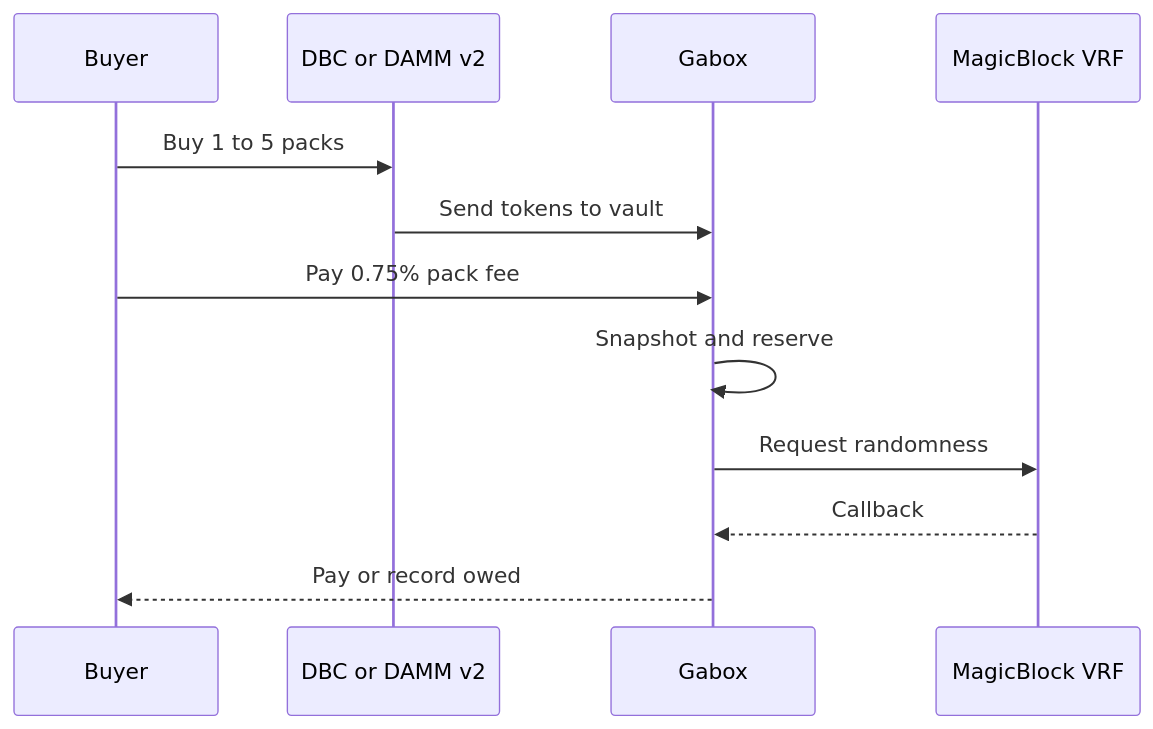
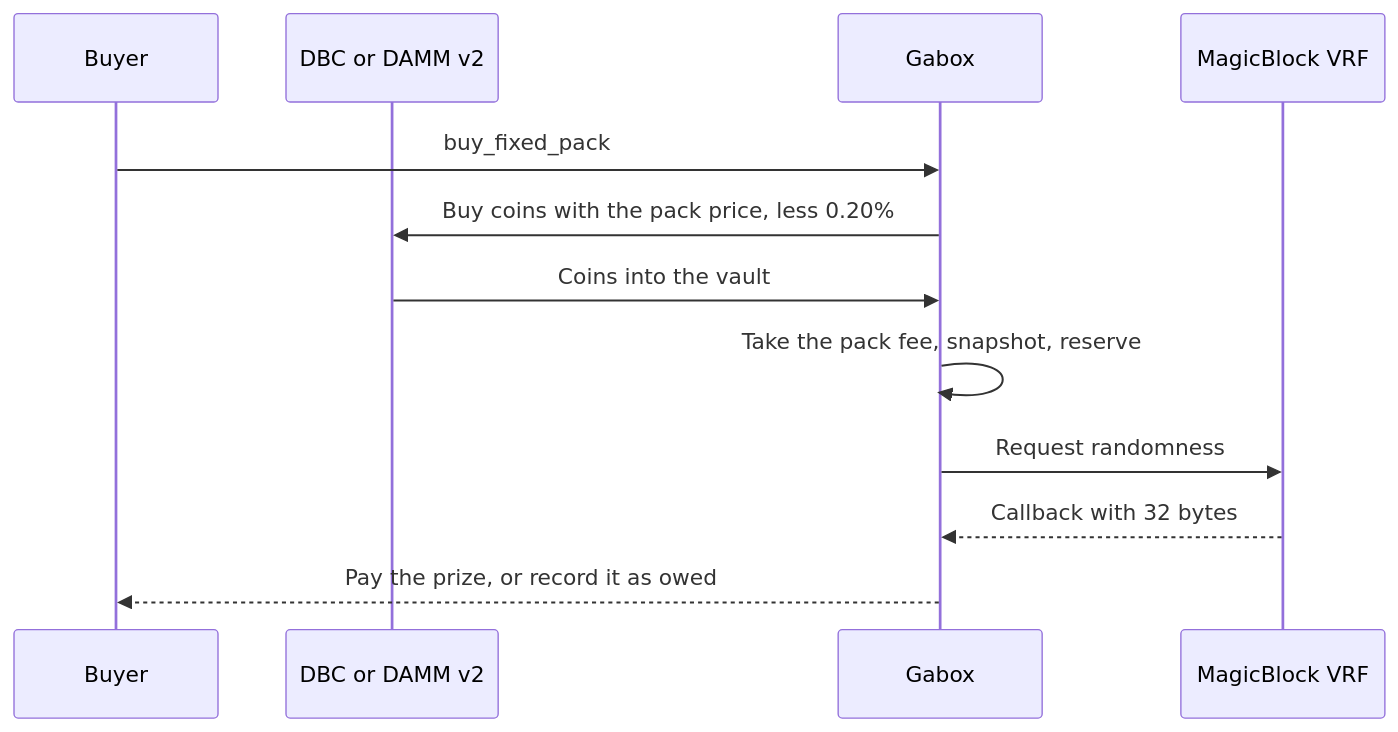
Before and after one commit to gabox-labs/docs: the diagram in opening-a-pack.mdx, drawn with Mermaid. The commit also changed other lines of this file and 24 other files, not shown here.

First line of the commit message:
Rewrite the docs for fixed USDC packs and add the Mega Pack

````diff
--- a/opening-a-pack.mdx
+++ b/opening-a-pack.mdx
@@ -19,14 +47,14 @@
 ```mermaid
 sequenceDiagram
  participant B as Buyer
  participant M as DBC or DAMM v2
  participant G as Gabox
  participant V as MagicBlock VRF
- B->>M: Buy 1 to 5 packs
- M->>G: Send tokens to vault
- B->>G: Pay 0.75% pack fee
- G->>G: Snapshot and reserve
+ B->>G: buy_fixed_pack
+ G->>M: Buy coins with the pack price, less 0.20%
+ M->>G: Coins into the vault
+ G->>G: Take the pack fee, snapshot, reserve
  G->>V: Request randomness
- V-->>G: Callback
- G-->>B: Pay or record owed
+ V-->>G: Callback with 32 bytes
+ G-->>B: Pay the prize, or record it as owed
 ```
````
